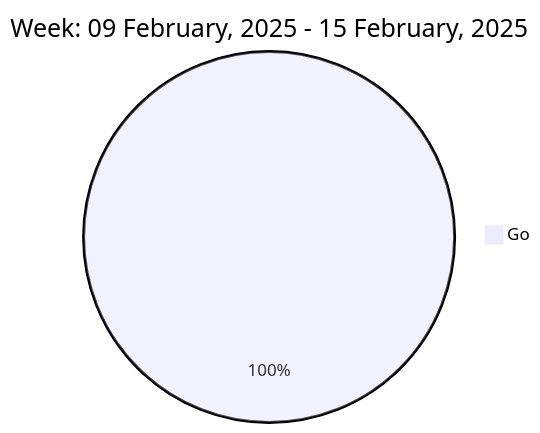
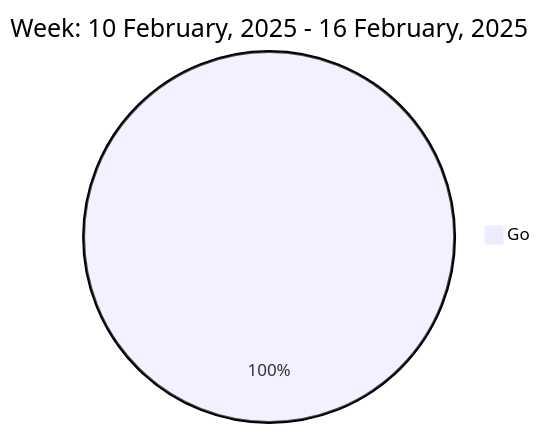
Before and after one commit to liubin95/liubin95: the diagram in README.md, drawn with Mermaid.

Commit message:
Updated the Graph with new Metrics

````diff
--- a/README.md
+++ b/README.md
@@ -37,5 +37,5 @@
 ```mermaid
  pie
-title Week: 09 February, 2025 - 15 February, 2025
+title Week: 10 February, 2025 - 16 February, 2025
  "Go" : 2.42
 ```
````
